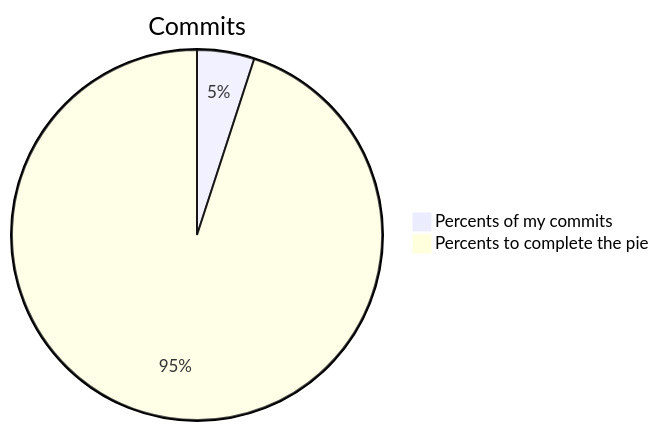
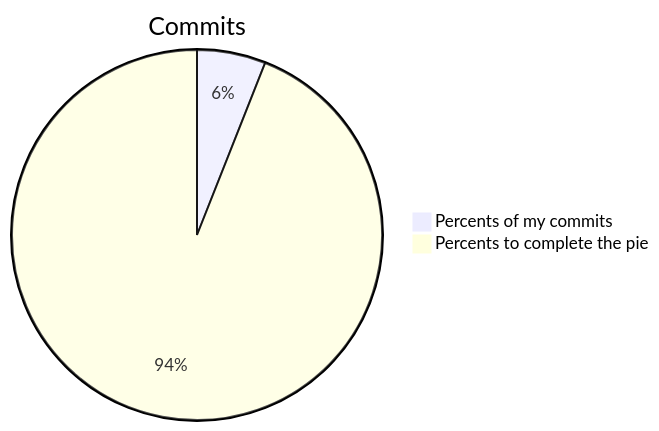
Before and after one commit to Kravatka/circumstence: the diagram in members/bazzzket0810/README.md, drawn with Mermaid. The commit also changed 48 other files, not shown here.

First line of the commit message:
Making chart from mysql db (#21)

````diff
--- a/members/bazzzket0810/README.md
+++ b/members/bazzzket0810/README.md
@@ -3,6 +3,6 @@
 ```mermaid
 
 pie title Commits
-    "Percents of my commits" : 5
-    "Percents to complete the pie" : 95
+    "Percents of my commits" : 6
+    "Percents to complete the pie" : 94
 ```
````
